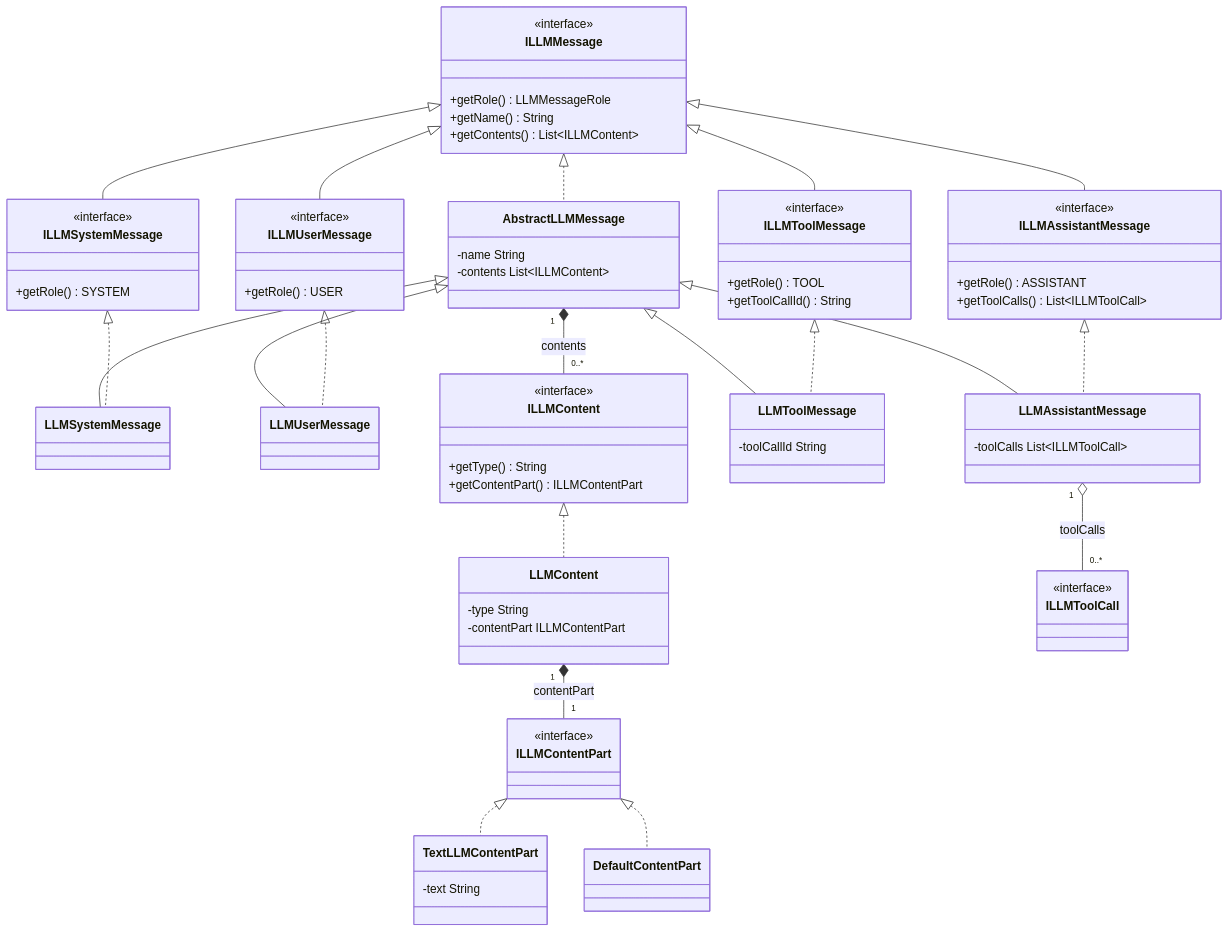
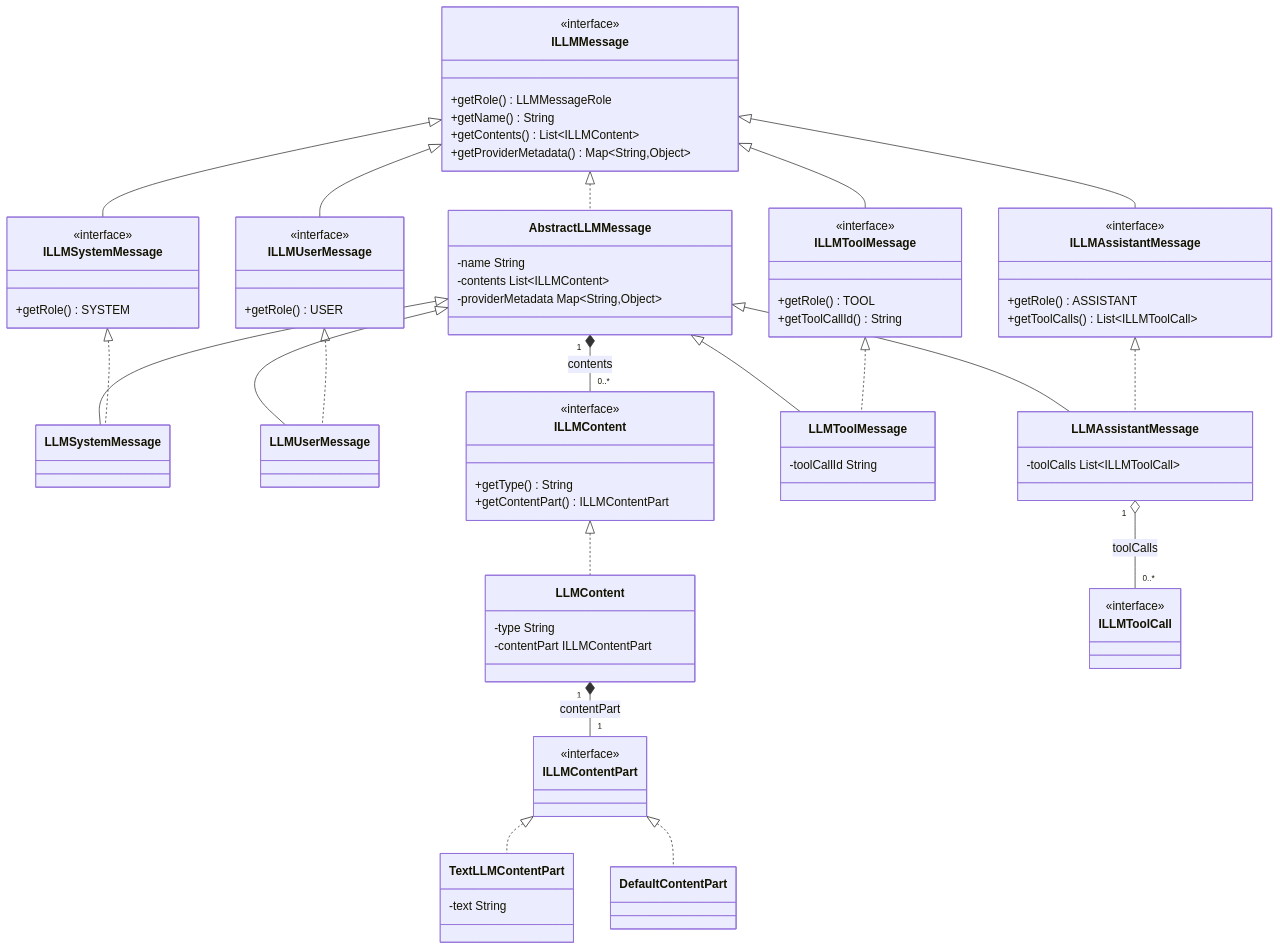
One commit to Tea-Neko-Party/TeaNeko-App changed the first of 3 diagrams in src/main/java/org/zexnocs/teanekoagent/llm/framework/message/README.md. Above: the diagram before and after it, drawn with Mermaid. The commit also changed other lines of this file and 4 other files, not shown here.

```diff
--- a/src/main/java/org/zexnocs/teanekoagent/llm/framework/message/README.md
+++ b/src/main/java/org/zexnocs/teanekoagent/llm/framework/message/README.md
@@ -23,11 +24,13 @@
         +getRole() LLMMessageRole
         +getName() String
         +getContents() List~ILLMContent~
+        +getProviderMetadata() Map~String,Object~
     }
 
     class AbstractLLMMessage {
         -name String
         -contents List~ILLMContent~
+        -providerMetadata Map~String,Object~
     }
 
     class ILLMSystemMessage {
```
